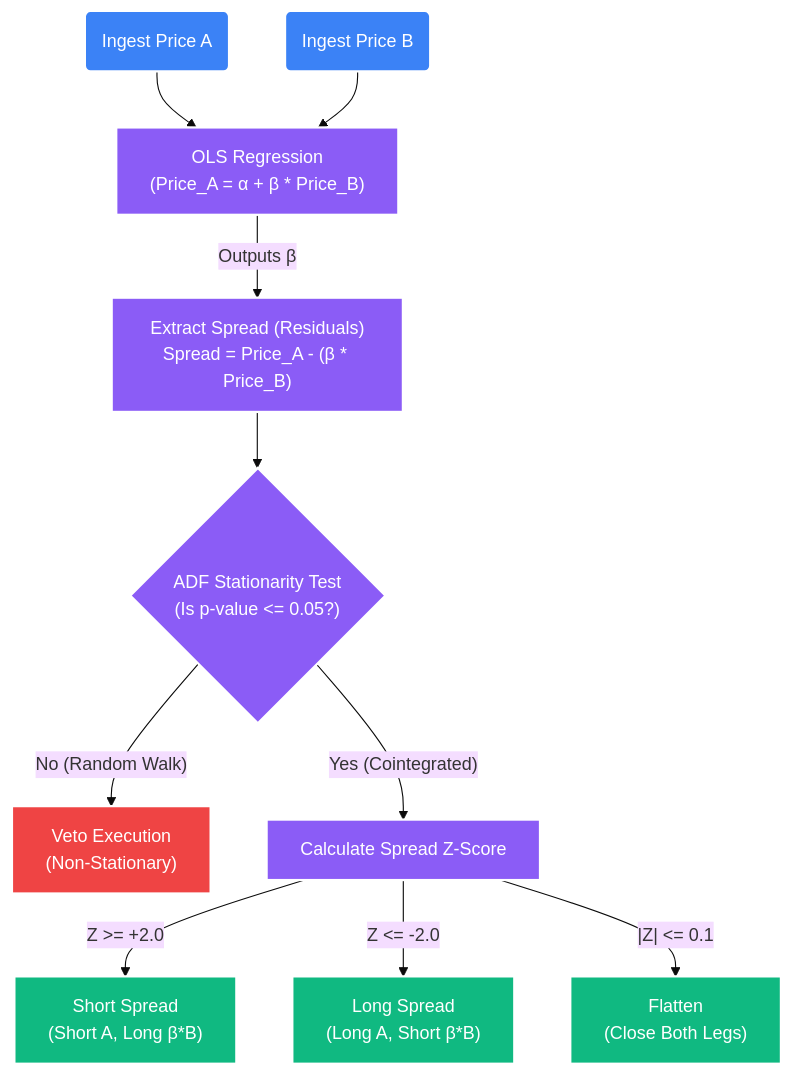
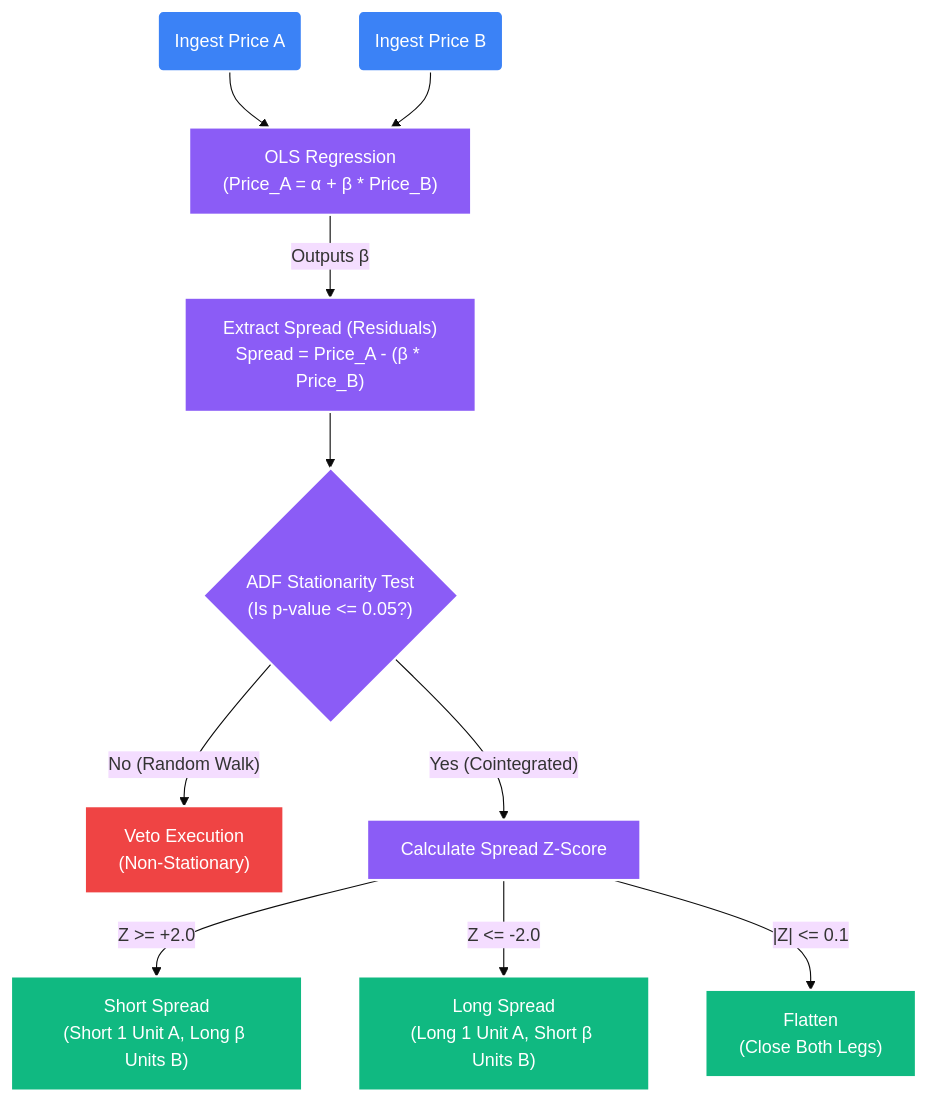
Before and after one commit to racoya/stockstats: the diagram in docs/models/02_cointegration_arb.md, drawn with Mermaid (base theme). The commit also changed other lines of this file, not shown here.

````diff
--- a/docs/models/02_cointegration_arb.md
+++ b/docs/models/02_cointegration_arb.md
@@ -36,26 +43,26 @@
 ```mermaid
 graph TD
     classDef ingest fill:#3b82f6,stroke:#fff,stroke-width:2px,color:#fff;
     classDef math fill:#8b5cf6,stroke:#fff,stroke-width:2px,color:#fff;
     classDef exec fill:#10b981,stroke:#fff,stroke-width:2px,color:#fff;
     classDef veto fill:#ef4444,stroke:#fff,stroke-width:2px,color:#fff;
 
     A("Ingest Price A"):::ingest
     B("Ingest Price B"):::ingest
 
     OLS["OLS Regression\n(Price_A = α + β * Price_B)"]:::math
     Spread["Extract Spread (Residuals)\nSpread = Price_A - (β * Price_B)"]:::math
     ADF{"ADF Stationarity Test\n(Is p-value <= 0.05?)"}:::math
 
     A --> OLS
     B --> OLS
     OLS -- "Outputs β" --> Spread
     Spread --> ADF
 
     ADF -- "No (Random Walk)" --> Veto["Veto Execution\n(Non-Stationary)"]:::veto
     ADF -- "Yes (Cointegrated)" --> Z["Calculate Spread Z-Score"]:::math
 
-    Z -- "Z >= +2.0" --> S["Short Spread\n(Short A, Long β*B)"]:::exec
-    Z -- "Z <= -2.0" --> L["Long Spread\n(Long A, Short β*B)"]:::exec
+    Z -- "Z >= +2.0" --> S["Short Spread\n(Short 1 Unit A, Long β Units B)"]:::exec
+    Z -- "Z <= -2.0" --> L["Long Spread\n(Long 1 Unit A, Short β Units B)"]:::exec
     Z -- "|Z| <= 0.1" --> F["Flatten\n(Close Both Legs)"]:::exec
 ```
````
